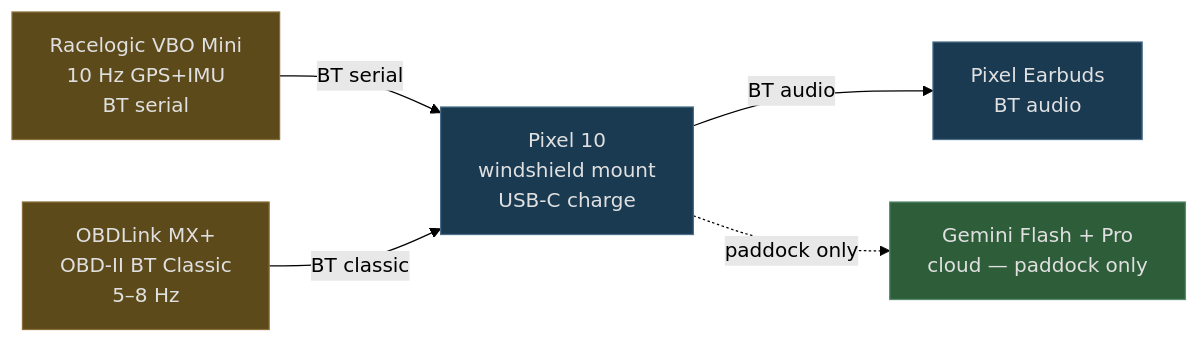
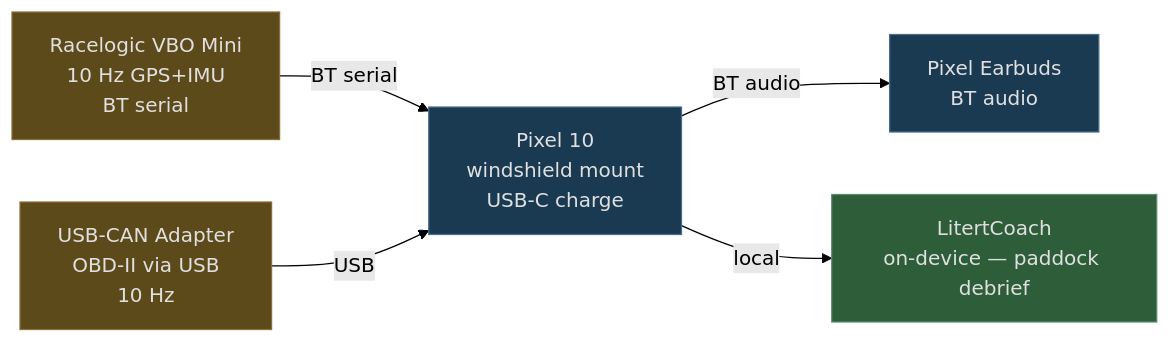
The fourth of 5 diagrams in docs/ux.md (mlnomadpy/pitwall), drawn with Mermaid (forest theme) before and after one commit. The commit also changed other lines of this file and 47 other files, not shown here.

````diff
--- a/docs/ux.md
+++ b/docs/ux.md
@@ -361,17 +361,17 @@
 ```mermaid
 flowchart LR
   classDef car fill:#5d4a1a,stroke:#8a6e3a,color:#e0e0e0
   classDef phone fill:#1a3a52,stroke:#4a6e8a,color:#e0e0e0
   classDef cloud fill:#2e5d3a,stroke:#5a8a6e,color:#e0e0e0
 
   RL[Racelogic VBO Mini<br/>10 Hz GPS+IMU<br/>BT serial]:::car
-  OBD[OBDLink MX+<br/>OBD-II BT Classic<br/>5–8 Hz]:::car
+  OBD[USB-CAN Adapter<br/>OBD-II via USB<br/>10 Hz]:::car
   PHONE[Pixel 10<br/>windshield mount<br/>USB-C charge]:::phone
   EAR[Pixel Earbuds<br/>BT audio]:::phone
-  CLOUD[Gemini Flash + Pro<br/>cloud — paddock only]:::cloud
+  CLOUD[LitertCoach<br/>on-device — paddock debrief]:::cloud
 
   RL -->|BT serial| PHONE
-  OBD -->|BT classic| PHONE
+  OBD -->|USB| PHONE
   PHONE -->|BT audio| EAR
-  PHONE -.->|paddock only| CLOUD
+  PHONE -->|local| CLOUD
 ```
````
